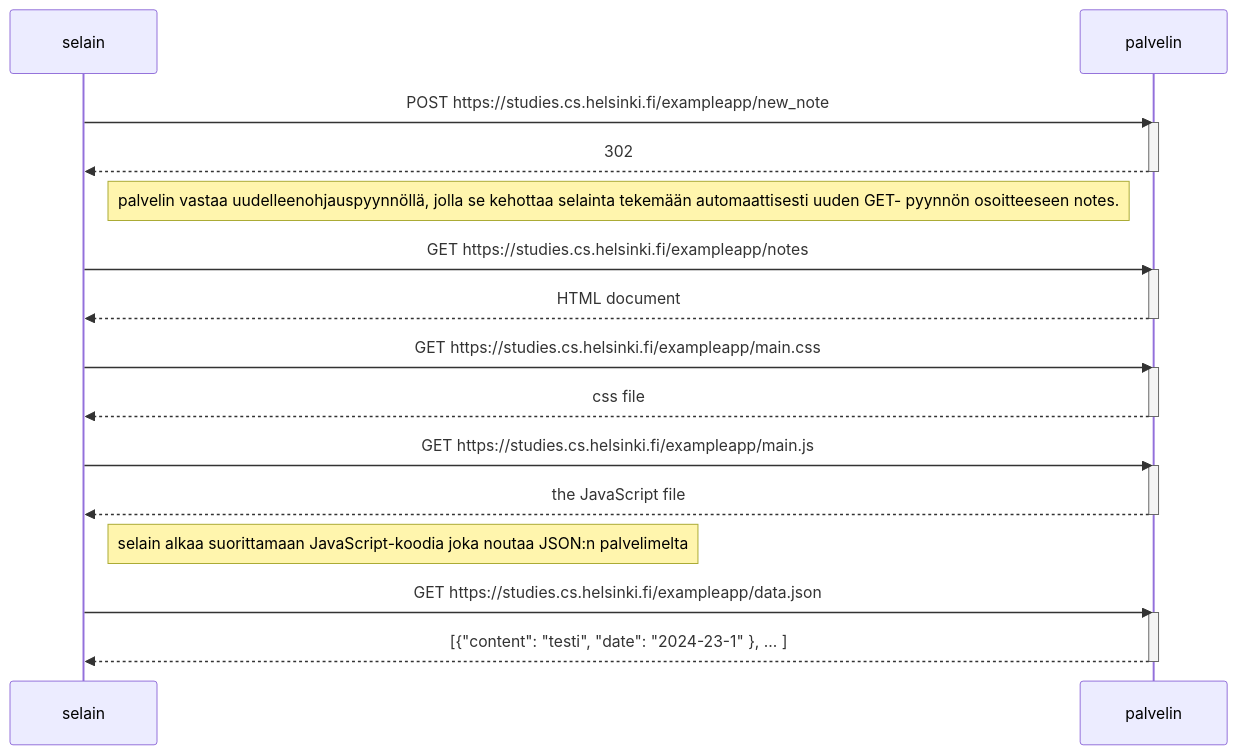
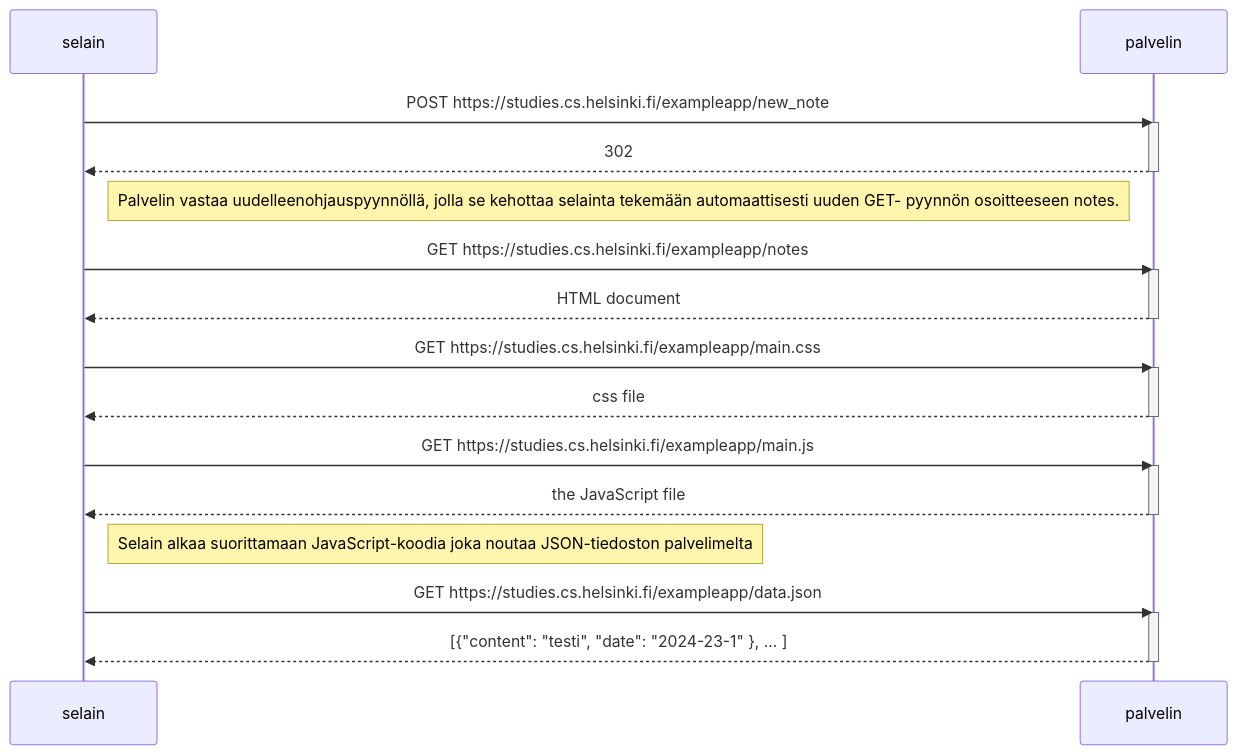
The diagram in osa0/new_note.md (inkaurhak/fullstack), drawn with Mermaid before and after one commit. The commit also changed 4 other files, not shown here.

````diff
--- a/osa0/new_note.md
+++ b/osa0/new_note.md
@@ -1,34 +1,34 @@
 ```mermaid
     sequenceDiagram
     participant selain
     participant palvelin
 
     selain->>palvelin: POST https://studies.cs.helsinki.fi/exampleapp/new_note
     activate palvelin
     palvelin-->>selain: 302
     deactivate palvelin
 
-    note left of palvelin: palvelin vastaa uudelleenohjauspyynnöllä, jolla se kehottaa selainta tekemään automaattisesti uuden GET- pyynnön osoitteeseen notes.
+    note left of palvelin: Palvelin vastaa uudelleenohjauspyynnöllä, jolla se kehottaa selainta tekemään automaattisesti uuden GET- pyynnön osoitteeseen notes.
 
     selain->>palvelin: GET https://studies.cs.helsinki.fi/exampleapp/notes
     activate palvelin
     palvelin-->>selain: HTML document
     deactivate palvelin
 
     selain->>palvelin: GET https://studies.cs.helsinki.fi/exampleapp/main.css
     activate palvelin
     palvelin-->>selain: css file
     deactivate palvelin
 
     selain->>palvelin: GET https://studies.cs.helsinki.fi/exampleapp/main.js
     activate palvelin
     palvelin-->>selain: the JavaScript file
     deactivate palvelin
 
-    note right of selain: selain alkaa suorittamaan JavaScript-koodia joka noutaa JSON:n palvelimelta
+    note right of selain: Selain alkaa suorittamaan JavaScript-koodia joka noutaa JSON-tiedoston palvelimelta
 
     selain->>palvelin: GET https://studies.cs.helsinki.fi/exampleapp/data.json
     activate palvelin
     palvelin-->>selain: [{"content": "testi", "date": "2024-23-1" }, ... ]
     deactivate palvelin 
 ```
````
